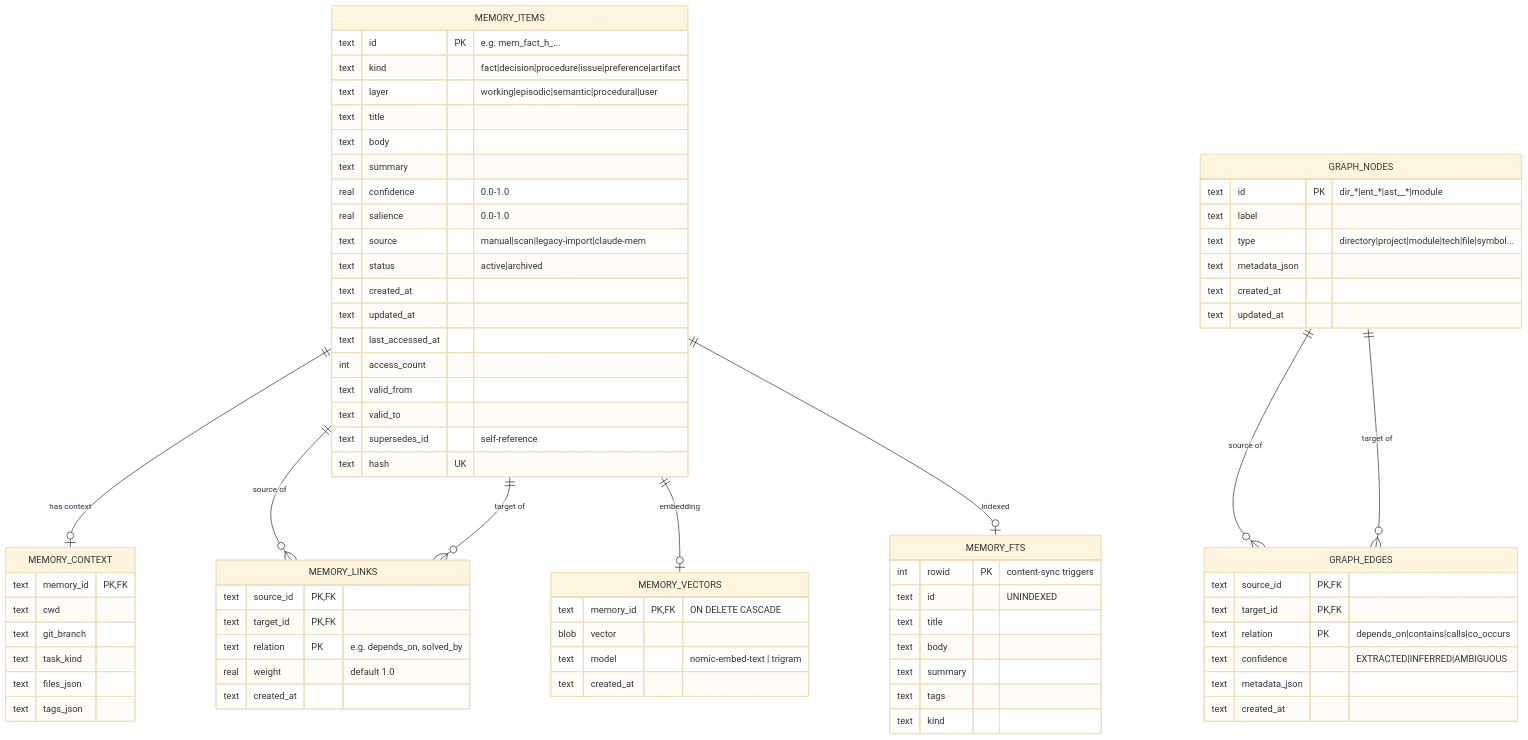
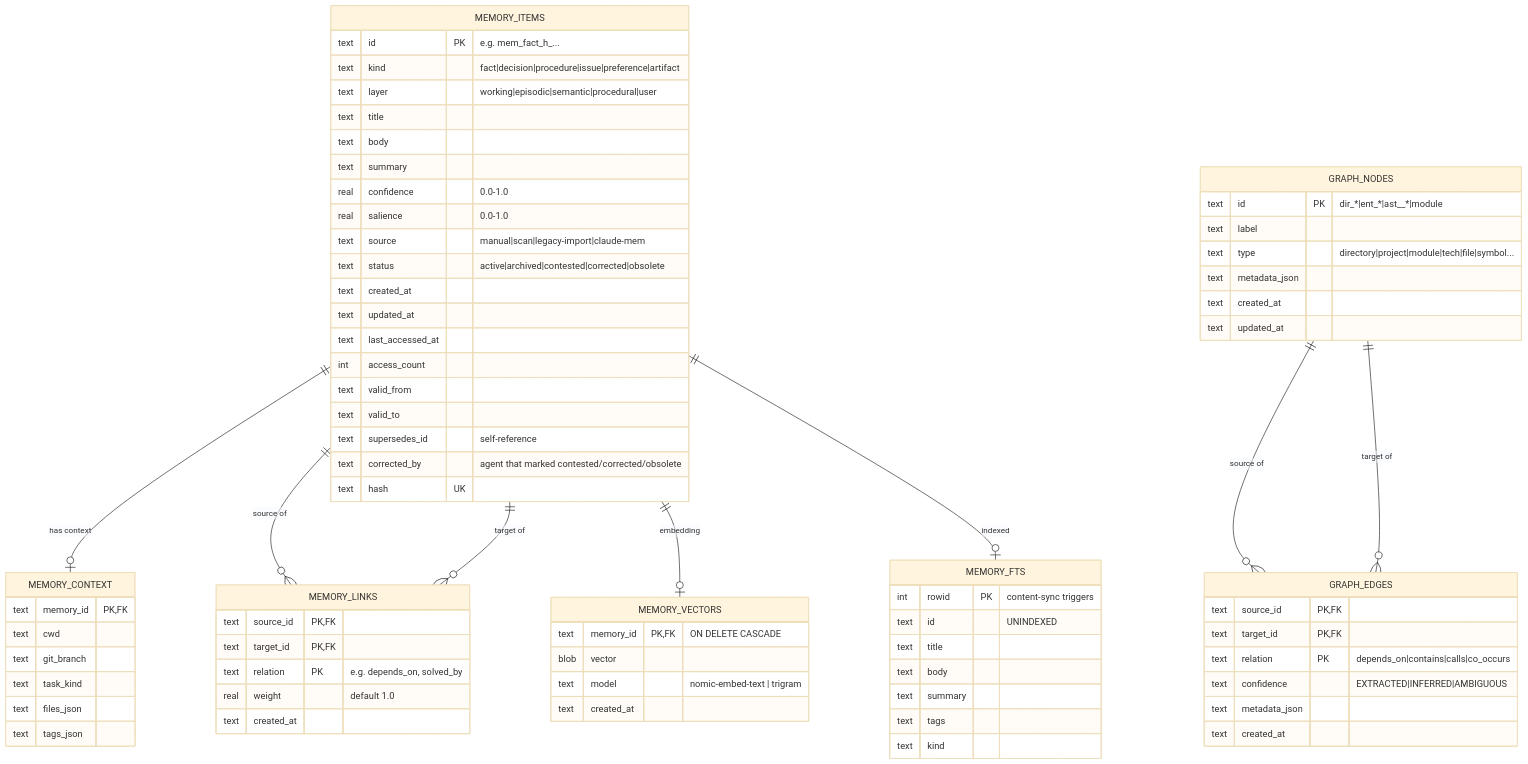
The diagram in docs/DATABASE-SCHEMA.mmd (alessiobacin/code-mem), drawn with Mermaid (base theme) before and after one commit. The commit also changed 8 other files, not shown here.

```diff
--- a/docs/DATABASE-SCHEMA.mmd
+++ b/docs/DATABASE-SCHEMA.mmd
@@ -1,81 +1,82 @@
 erDiagram
     MEMORY_ITEMS ||--o| MEMORY_CONTEXT : "has context"
     MEMORY_ITEMS ||--o{ MEMORY_LINKS : "source of"
     MEMORY_ITEMS ||--o{ MEMORY_LINKS : "target of"
     MEMORY_ITEMS ||--o| MEMORY_VECTORS : "embedding"
     MEMORY_ITEMS ||--o| MEMORY_FTS : "indexed"
     GRAPH_NODES ||--o{ GRAPH_EDGES : "source of"
     GRAPH_NODES ||--o{ GRAPH_EDGES : "target of"
 
     MEMORY_ITEMS {
         text id PK "e.g. mem_fact_h_..."
         text kind "fact|decision|procedure|issue|preference|artifact"
         text layer "working|episodic|semantic|procedural|user"
         text title
         text body
         text summary
         real confidence "0.0-1.0"
         real salience "0.0-1.0"
         text source "manual|scan|legacy-import|claude-mem"
-        text status "active|archived"
+        text status "active|archived|contested|corrected|obsolete"
         text created_at
         text updated_at
         text last_accessed_at
         int access_count
         text valid_from
         text valid_to
         text supersedes_id "self-reference"
+        text corrected_by "agent that marked contested/corrected/obsolete"
         text hash UK
     }
 
     MEMORY_CONTEXT {
         text memory_id PK,FK
         text cwd
         text git_branch
         text task_kind
         text files_json
         text tags_json
     }
 
     MEMORY_LINKS {
         text source_id PK,FK
         text target_id PK,FK
         text relation PK "e.g. depends_on, solved_by"
         real weight "default 1.0"
         text created_at
     }
 
     MEMORY_VECTORS {
         text memory_id PK,FK "ON DELETE CASCADE"
         blob vector
         text model "nomic-embed-text | trigram"
         text created_at
     }
 
     MEMORY_FTS {
         int rowid PK "content-sync triggers"
         text id "UNINDEXED"
         text title
         text body
         text summary
         text tags
         text kind
     }
 
     GRAPH_NODES {
         text id PK "dir_*|ent_*|ast__*|module"
         text label
         text type "directory|project|module|tech|file|symbol..."
         text metadata_json
         text created_at
         text updated_at
     }
 
     GRAPH_EDGES {
         text source_id PK,FK
         text target_id PK,FK
         text relation PK "depends_on|contains|calls|co_occurs"
         text confidence "EXTRACTED|INFERRED|AMBIGUOUS"
         text metadata_json
         text created_at
     }
```
